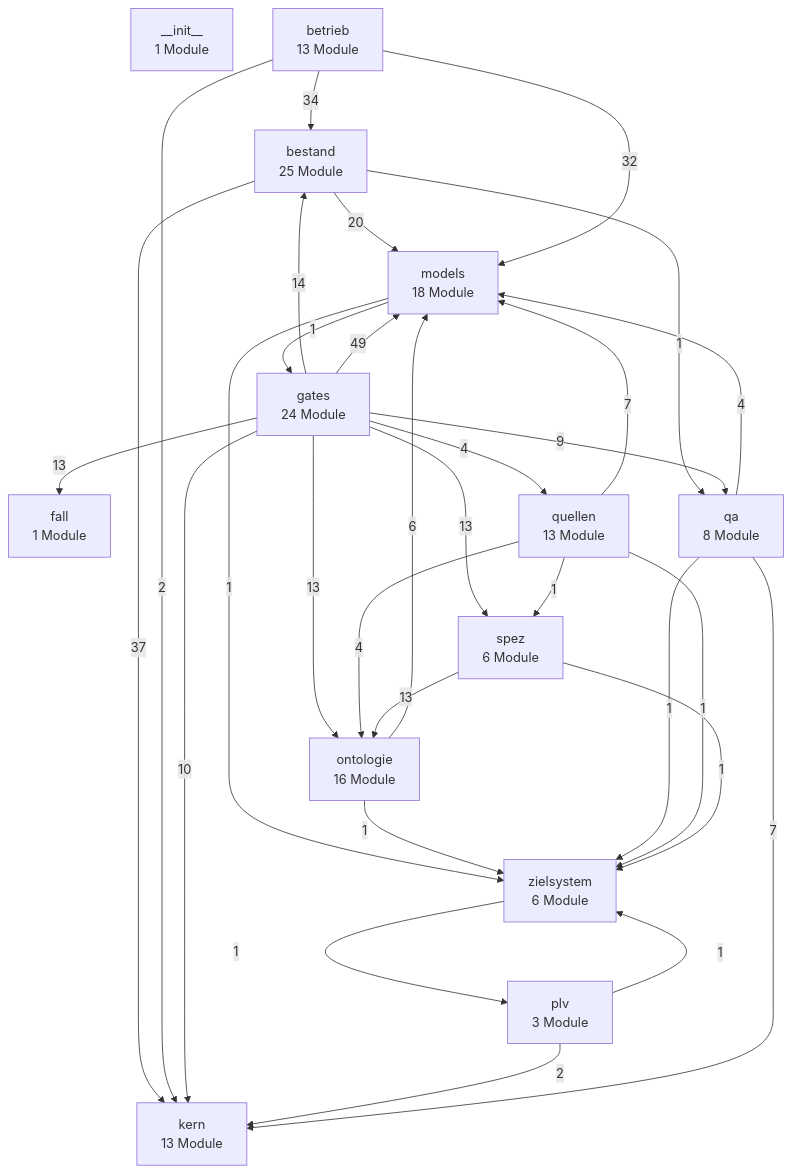
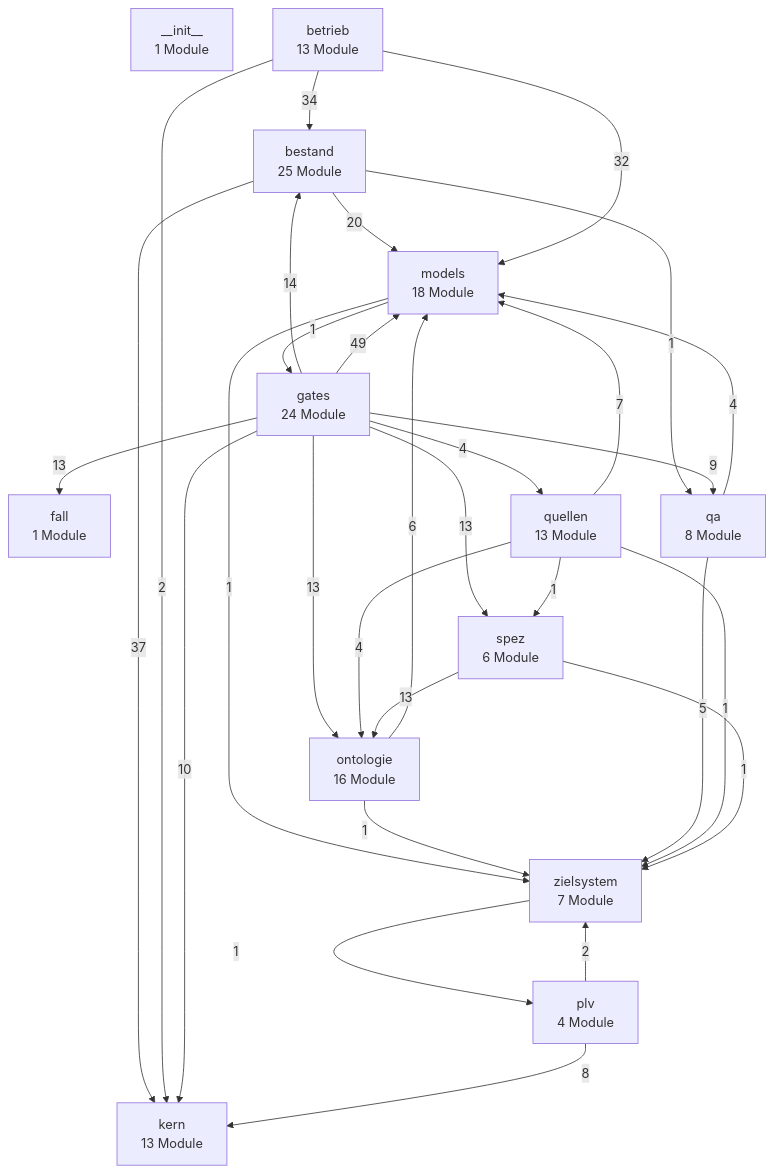
Before and after one commit to bartlmac/rechner-pipeline: the first of 3 diagrams in docs/architektur/landkarte.md, drawn with Mermaid. The commit also changed other lines of this file and 19 other files, not shown here.

````diff
--- a/docs/architektur/landkarte.md
+++ b/docs/architektur/landkarte.md
@@ -31,47 +31,46 @@
 ```mermaid
 %% Schichten — erzeugt von ontologie.landkarte
 flowchart TD
     n__init__["__init__<br/>1 Module"]
     bestand["bestand<br/>25 Module"]
     betrieb["betrieb<br/>13 Module"]
     fall["fall<br/>1 Module"]
     gates["gates<br/>24 Module"]
     kern["kern<br/>13 Module"]
     models["models<br/>18 Module"]
     ontologie["ontologie<br/>16 Module"]
-    plv["plv<br/>3 Module"]
+    plv["plv<br/>4 Module"]
     qa["qa<br/>8 Module"]
     quellen["quellen<br/>13 Module"]
     spez["spez<br/>6 Module"]
-    zielsystem["zielsystem<br/>6 Module"]
+    zielsystem["zielsystem<br/>7 Module"]
     bestand -- 37 --> kern
     bestand -- 20 --> models
     bestand -- 1 --> qa
     betrieb -- 34 --> bestand
     betrieb -- 2 --> kern
     betrieb -- 32 --> models
     gates -- 14 --> bestand
     gates -- 13 --> fall
     gates -- 10 --> kern
     gates -- 49 --> models
     gates -- 13 --> ontologie
     gates -- 9 --> qa
     gates -- 4 --> quellen
     gates -- 13 --> spez
     models -- 1 --> gates
     models -- 1 --> zielsystem
     ontologie -- 6 --> models
     ontologie -- 1 --> zielsystem
-    plv -- 2 --> kern
-    plv -- 1 --> zielsystem
-    qa -- 7 --> kern
+    plv -- 8 --> kern
+    plv -- 2 --> zielsystem
     qa -- 4 --> models
-    qa -- 1 --> zielsystem
+    qa -- 5 --> zielsystem
     quellen -- 7 --> models
     quellen -- 4 --> ontologie
     quellen -- 1 --> spez
     quellen -- 1 --> zielsystem
     spez -- 13 --> ontologie
     spez -- 1 --> zielsystem
     zielsystem -- 1 --> plv
 ```
````
